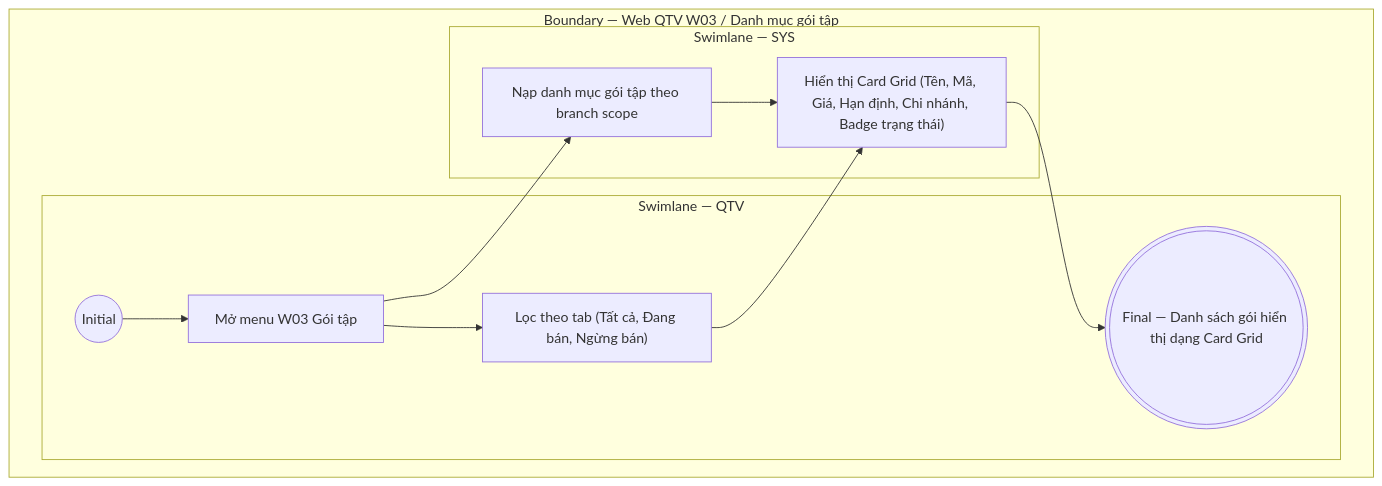
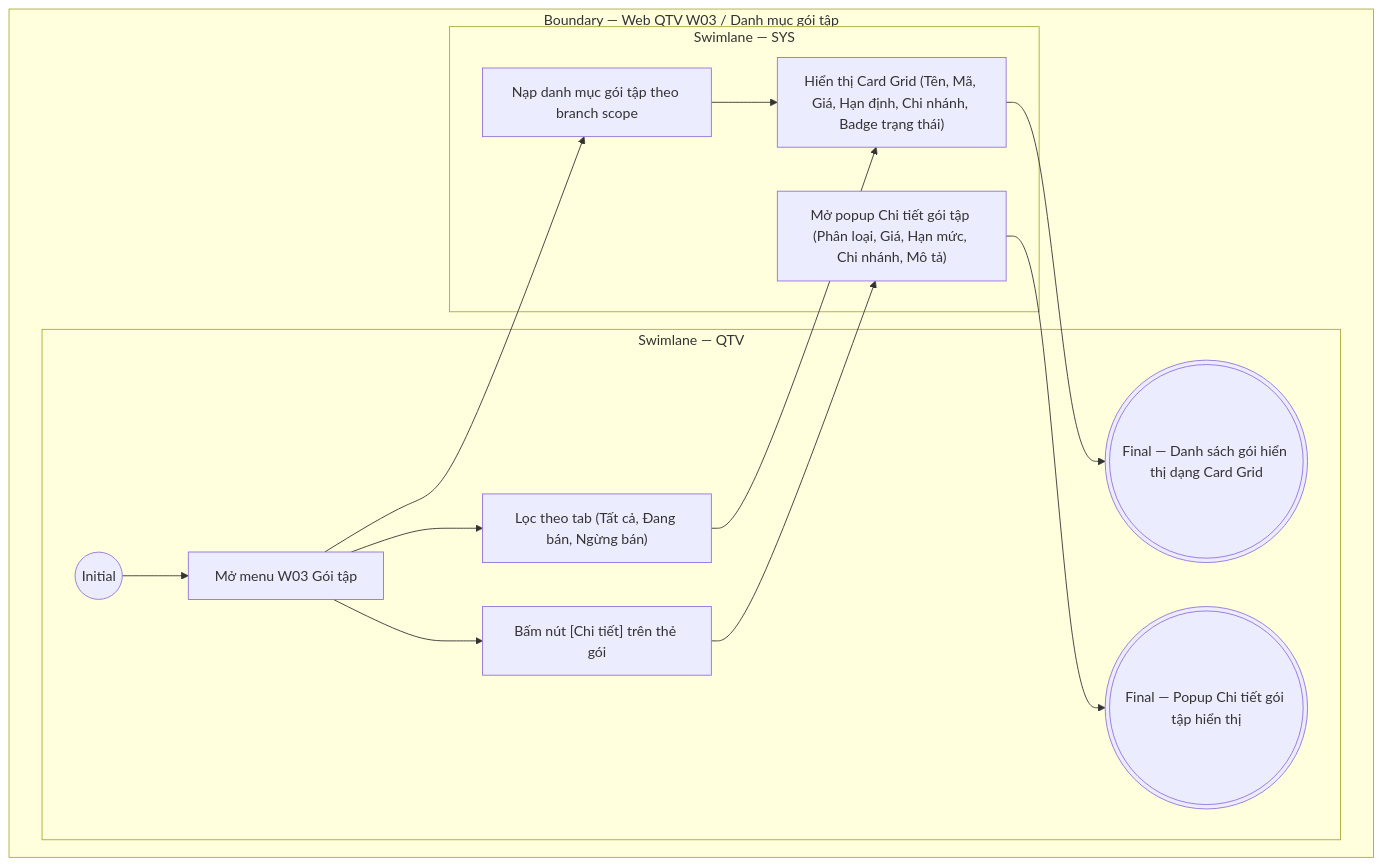
The diagram in docs/user-stories/qtv/QTV-W03-Gói tập/QTV-W03-US01-Xem danh sách gói tập.md (ThachY-23120411/Paradise-Gym-v2), drawn with Mermaid before and after one commit. The commit also changed other lines of this file and 294 other files, not shown here.

````diff
--- a/docs/user-stories/qtv/QTV-W03-Gói tập/QTV-W03-US01-Xem danh sách gói tập.md
+++ b/docs/user-stories/qtv/QTV-W03-Gói tập/QTV-W03-US01-Xem danh sách gói tập.md
@@ -49,18 +58,23 @@
 ```mermaid
 flowchart TB
   subgraph B["Boundary — Web QTV W03 / Danh mục gói tập"]
     subgraph L0["Swimlane — QTV"]
       I01(("Initial"))
       A01["Mở menu W03 Gói tập"]
       A02["Lọc theo tab (Tất cả, Đang bán, Ngừng bán)"]
+      A03["Bấm nút [Chi tiết] trên thẻ gói"]
       F01((("Final — Danh sách gói hiển thị dạng Card Grid")))
+      F02((("Final — Popup Chi tiết gói tập hiển thị")))
       I01 --> A01 --> A02
+      A01 --> A03
     end
     subgraph L1["Swimlane — SYS"]
       S01["Nạp danh mục gói tập theo branch scope"]
       S02["Hiển thị Card Grid (Tên, Mã, Giá, Hạn định, Chi nhánh, Badge trạng thái)"]
+      S03["Mở popup Chi tiết gói tập (Phân loại, Giá, Hạn mức, Chi nhánh, Mô tả)"]
       A01 --> S01 --> S02 --> F01
       A02 --> S02
+      A03 --> S03 --> F02
     end
   end
 ```
````
